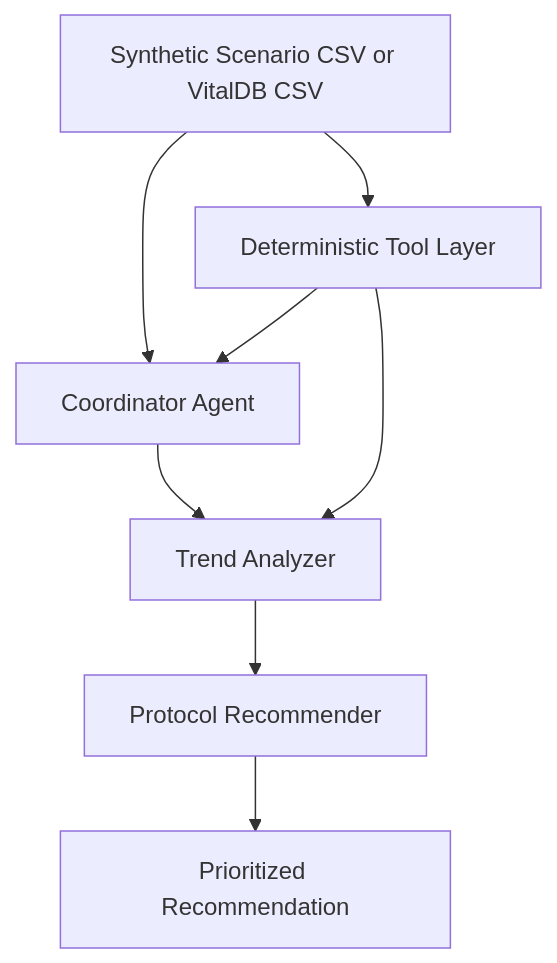
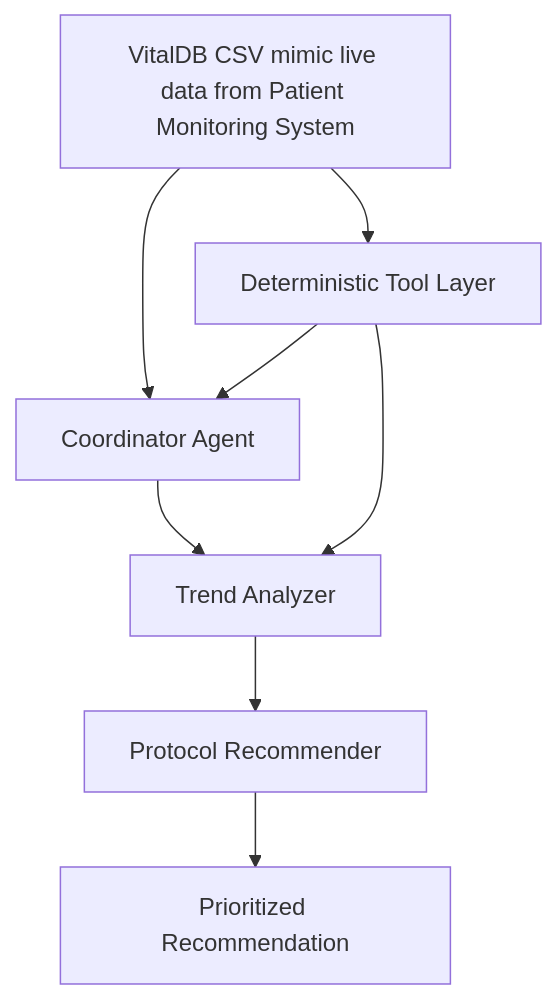
One commit to alsontanwork4-cmyk/vitalguard-ai changed the diagram in README.md. Above: the diagram before and after it, drawn with Mermaid.

Commit message:
Update architecture diagram description in README

````diff
--- a/README.md
+++ b/README.md
@@ -24,10 +24,10 @@
 ```mermaid
 flowchart TD
-    A["Synthetic Scenario CSV or VitalDB CSV"] --> B["Coordinator Agent"]
+    A["VitalDB CSV mimic live data from Patient Monitoring System"] --> B["Coordinator Agent"]
     B --> C["Trend Analyzer"]
     C --> D["Protocol Recommender"]
     D --> E["Prioritized Recommendation"]
     A --> F["Deterministic Tool Layer"]
     F --> B
     F --> C
 ```
````
